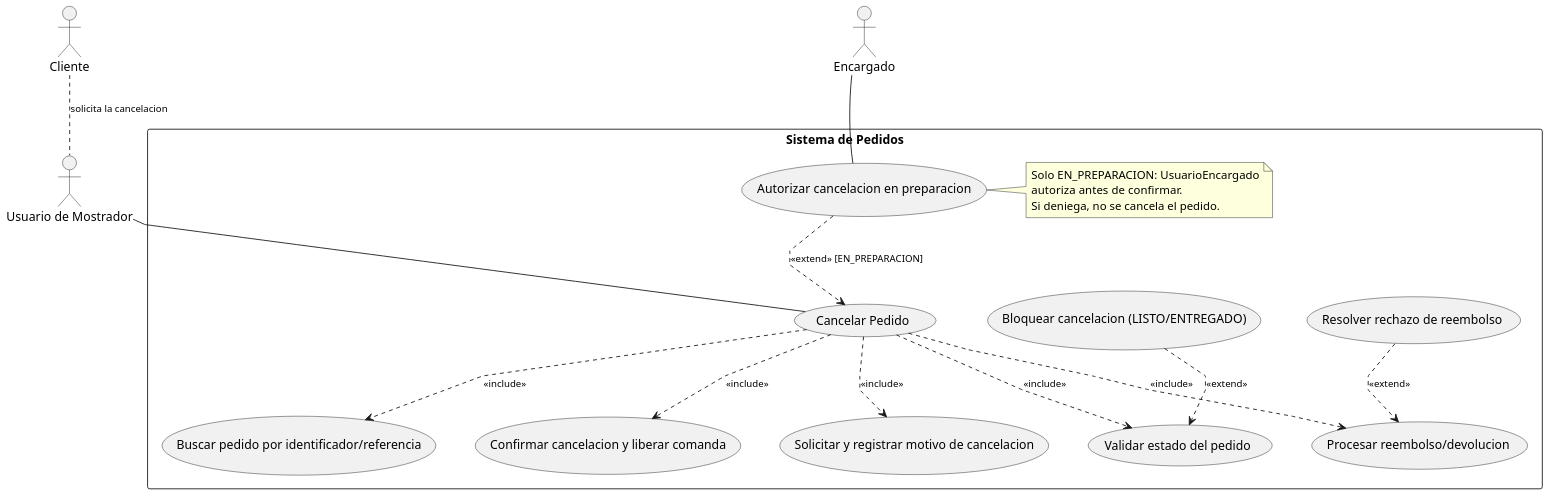
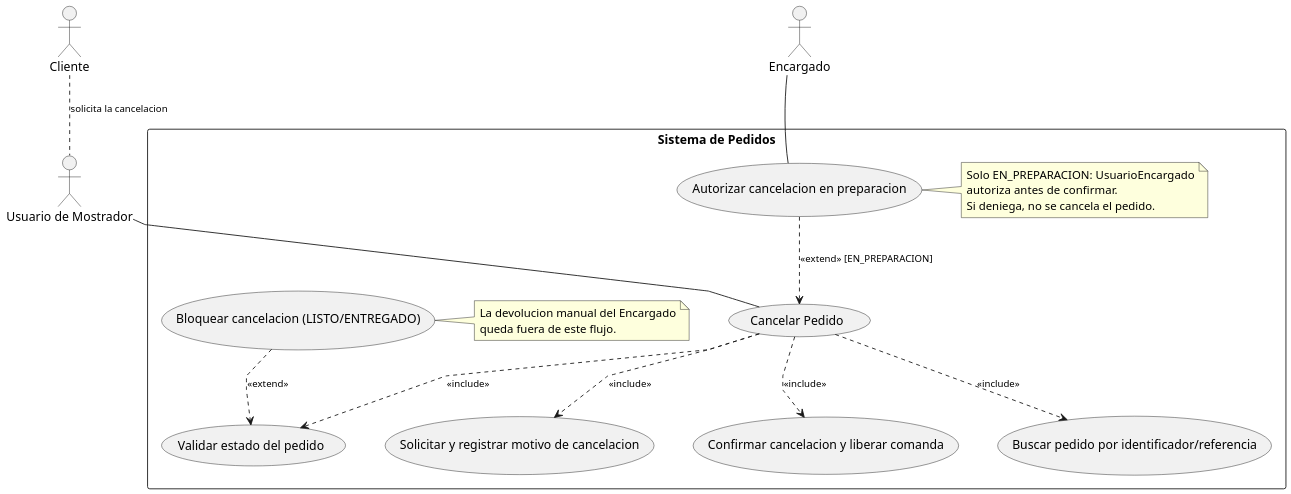
Before and after one commit to eloeyhe/SistemaPedidos: the diagram in diagramas/02-casos-de-uso/02-caso-uso-cancelar-pedido-03.puml, drawn with PlantUML. The commit also changed 1 other file, not shown here.

Commit message:
Quito el reembolso del caso de uso y la actividad de CU03 segun RC10

```diff
--- a/diagramas/02-casos-de-uso/02-caso-uso-cancelar-pedido-03.puml
+++ b/diagramas/02-casos-de-uso/02-caso-uso-cancelar-pedido-03.puml
@@ -1,61 +1,58 @@
 @startuml 02-caso-uso-cancelar-pedido-03
 top to bottom direction
 skinparam dpi 150
 skinparam nodesep 45
 skinparam ranksep 60
 skinparam linetype polyline
 skinparam ArrowFontSize 11
 hide empty members
 actor Cliente
 actor "Usuario de Mostrador" as Mostrador
 actor "Encargado" as Encargado
 
 Cliente .. Mostrador : solicita la cancelacion
 
 rectangle "Sistema de Pedidos" {
 	usecase "Cancelar Pedido" as Cancelar
 	usecase "Buscar pedido por identificador/referencia" as Buscar
 	usecase "Validar estado del pedido" as ValidarEstado
 	usecase "Solicitar y registrar motivo de cancelacion" as RegistrarMotivo
-	usecase "Procesar reembolso/devolucion" as Reembolsar
 	usecase "Confirmar cancelacion y liberar comanda" as Confirmar
 	usecase "Autorizar cancelacion en preparacion" as Autorizar
 	note right of Autorizar
 		Solo EN_PREPARACION: UsuarioEncargado
 		autoriza antes de confirmar.
 		Si deniega, no se cancela el pedido.
 	end note
 	usecase "Bloquear cancelacion (LISTO/ENTREGADO)" as Bloquear
-	usecase "Resolver rechazo de reembolso" as RechazoReembolso
+	note right of Bloquear
+		La devolucion manual del Encargado
+		queda fuera de este flujo.
+	end note
 }
 
 Mostrador -- Cancelar
 Encargado -- Autorizar
 
 ' El actor Encargado corresponde a la clase UsuarioEncargado
 ' del boceto (autorizarCancelacion()).
 Cancelar .> Buscar : <<include>>
 Cancelar .> ValidarEstado : <<include>>
 Cancelar .> RegistrarMotivo : <<include>>
-Cancelar .> Reembolsar : <<include>>
 Cancelar .> Confirmar : <<include>>
 
 Autorizar .> Cancelar : <<extend>> [EN_PREPARACION]
 Bloquear .> ValidarEstado : <<extend>>
-RechazoReembolso .> Reembolsar : <<extend>>
 
 ' --- Control de ranks: caso base arriba, incluidos en fila propia debajo ---
 Cancelar -[hidden]down- Buscar
 Cancelar -[hidden]down- ValidarEstado
 Cancelar -[hidden]down- RegistrarMotivo
-Cancelar -[hidden]down- Reembolsar
 Cancelar -[hidden]down- Confirmar
 Buscar -[hidden]right- ValidarEstado
 ValidarEstado -[hidden]right- RegistrarMotivo
-RegistrarMotivo -[hidden]right- Reembolsar
-Reembolsar -[hidden]right- Confirmar
+RegistrarMotivo -[hidden]right- Confirmar
 Autorizar -[hidden]down- Cancelar
 Bloquear -[hidden]down- ValidarEstado
-RechazoReembolso -[hidden]down- Reembolsar
 Encargado -[hidden]down- Autorizar
 @enduml
```
